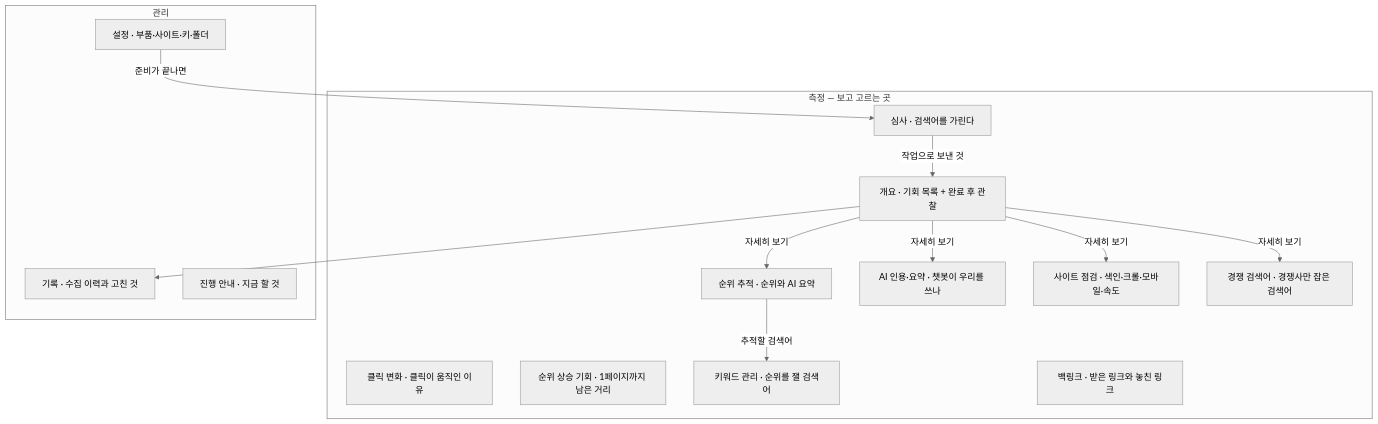
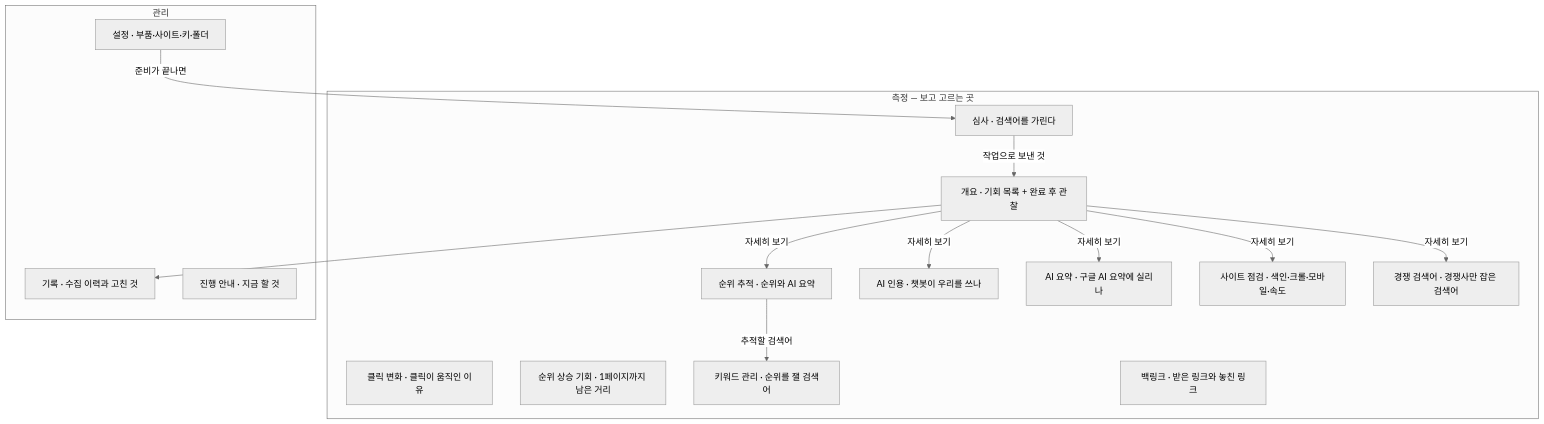
The fifth of 5 diagrams in docs/guide.md (seanjr2847/seo-miner), drawn with Mermaid (neutral theme) before and after one commit. The commit also changed other lines of this file and 32 other files, not shown here.

````diff
--- a/docs/guide.md
+++ b/docs/guide.md
@@ -217,30 +217,32 @@
 ```mermaid
 flowchart TD
   subgraph M1 ["측정 — 보고 고르는 곳"]
     V1["심사 · 검색어를 가린다"]
     V2["개요 · 기회 목록 + 완료 후 관찰"]
     V3["클릭 변화 · 클릭이 움직인 이유"]
     V4["순위 상승 기회 · 1페이지까지 남은 거리"]
     V4K["키워드 관리 · 순위를 잴 검색어"]
     V5["순위 추적 · 순위와 AI 요약"]
-    V6["AI 인용·요약 · 챗봇이 우리를 쓰나"]
+    V6["AI 인용 · 챗봇이 우리를 쓰나"]
+    V6S["AI 요약 · 구글 AI 요약에 실리나"]
     V7["사이트 점검 · 색인·크롤·모바일·속도"]
     V8["백링크 · 받은 링크와 놓친 링크"]
     V9["경쟁 검색어 · 경쟁사만 잡은 검색어"]
   end
 
   subgraph M2 ["관리"]
     V10["기록 · 수집 이력과 고친 것"]
     V11["진행 안내 · 지금 할 것"]
     V12["설정 · 부품·사이트·키·폴더"]
   end
 
   V12 -->|준비가 끝나면| V1
   V1 -->|작업으로 보낸 것| V2
   V2 -->|자세히 보기| V5
   V2 -->|자세히 보기| V6
+  V2 -->|자세히 보기| V6S
   V2 -->|자세히 보기| V7
   V2 -->|자세히 보기| V9
   V2 --> V10
   V5 -->|추적할 검색어| V4K
 ```
````
